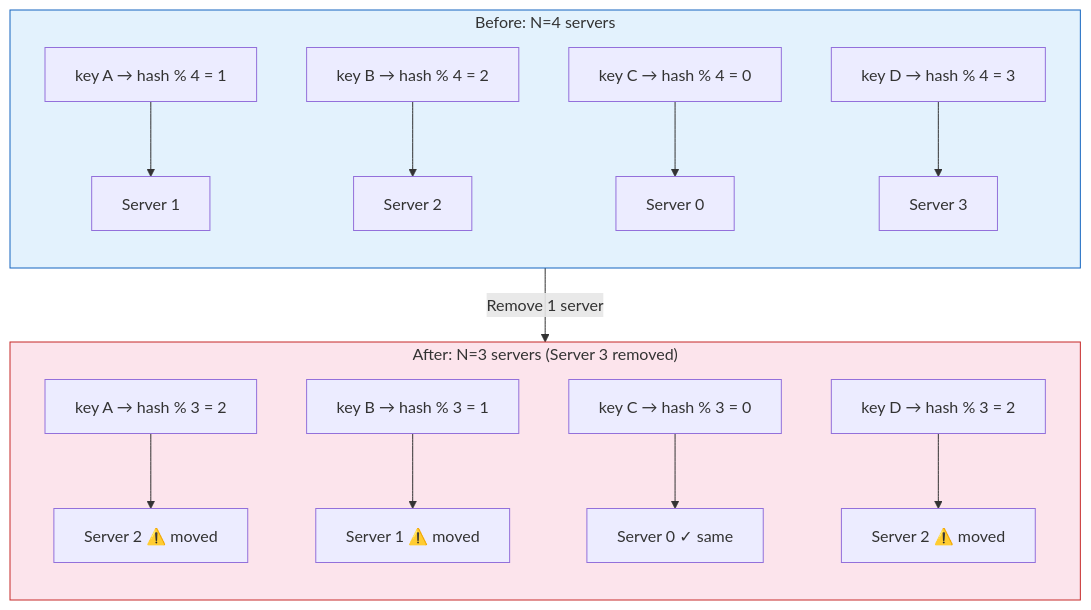
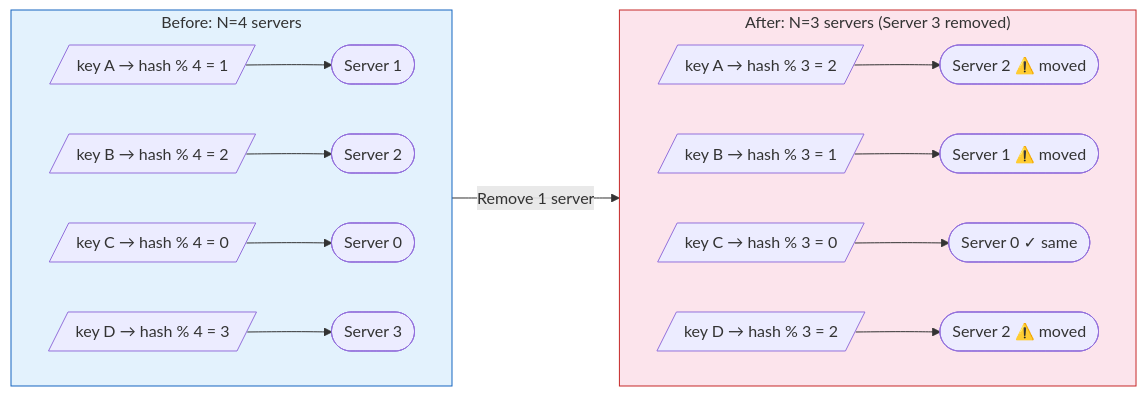
Before and after one commit to saivamsikaruturi/vamsilabs-dev-notes-main: the first of 4 diagrams in docs/consistenthashing.md, drawn with Mermaid. The commit also changed other lines of this file and 146 other files, not shown here.

Commit message:
Horizontal diagrams, UML class diagrams, typography overhaul, and permalink cleanup

````diff
--- a/docs/consistenthashing.md
+++ b/docs/consistenthashing.md
@@ -20,23 +20,23 @@
 ```mermaid
-flowchart TD
+flowchart LR
     subgraph Before["Before: N=4 servers"]
-        direction TB
-        K1["key A → hash % 4 = 1"] --> S1["Server 1"]
-        K2["key B → hash % 4 = 2"] --> S2["Server 2"]
-        K3["key C → hash % 4 = 0"] --> S0["Server 0"]
-        K4["key D → hash % 4 = 3"] --> S3["Server 3"]
+        direction LR
+        K1[/"key A → hash % 4 = 1"/] --> S1(["Server 1"])
+        K2[/"key B → hash % 4 = 2"/] --> S2(["Server 2"])
+        K3[/"key C → hash % 4 = 0"/] --> S0(["Server 0"])
+        K4[/"key D → hash % 4 = 3"/] --> S3(["Server 3"])
     end
 
     subgraph After["After: N=3 servers (Server 3 removed)"]
-        direction TB
-        K5["key A → hash % 3 = 2"] --> S5["Server 2 ⚠️ moved"]
-        K6["key B → hash % 3 = 1"] --> S6["Server 1 ⚠️ moved"]
-        K7["key C → hash % 3 = 0"] --> S7["Server 0 ✓ same"]
-        K8["key D → hash % 3 = 2"] --> S8["Server 2 ⚠️ moved"]
+        direction LR
+        K5[/"key A → hash % 3 = 2"/] --> S5(["Server 2 ⚠️ moved"])
+        K6[/"key B → hash % 3 = 1"/] --> S6(["Server 1 ⚠️ moved"])
+        K7[/"key C → hash % 3 = 0"/] --> S7(["Server 0 ✓ same"])
+        K8[/"key D → hash % 3 = 2"/] --> S8(["Server 2 ⚠️ moved"])
     end
 
     Before --> |"Remove 1 server"| After
 
     style Before fill:#e3f2fd,stroke:#1565c0
     style After fill:#fce4ec,stroke:#c62828
 ```
````
